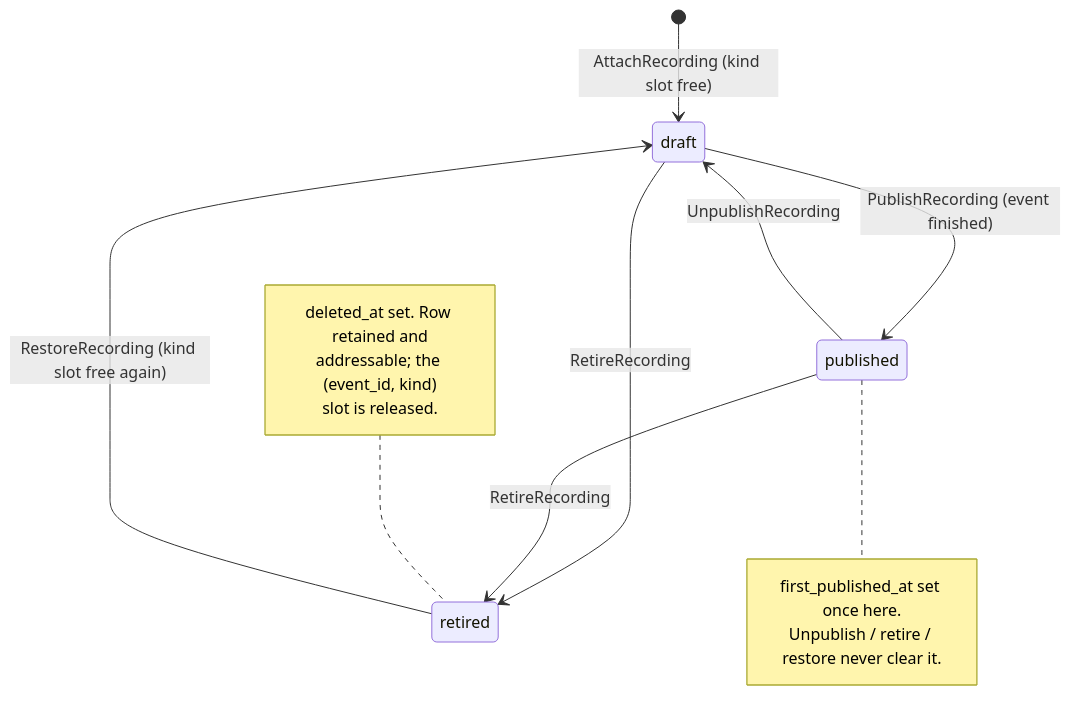
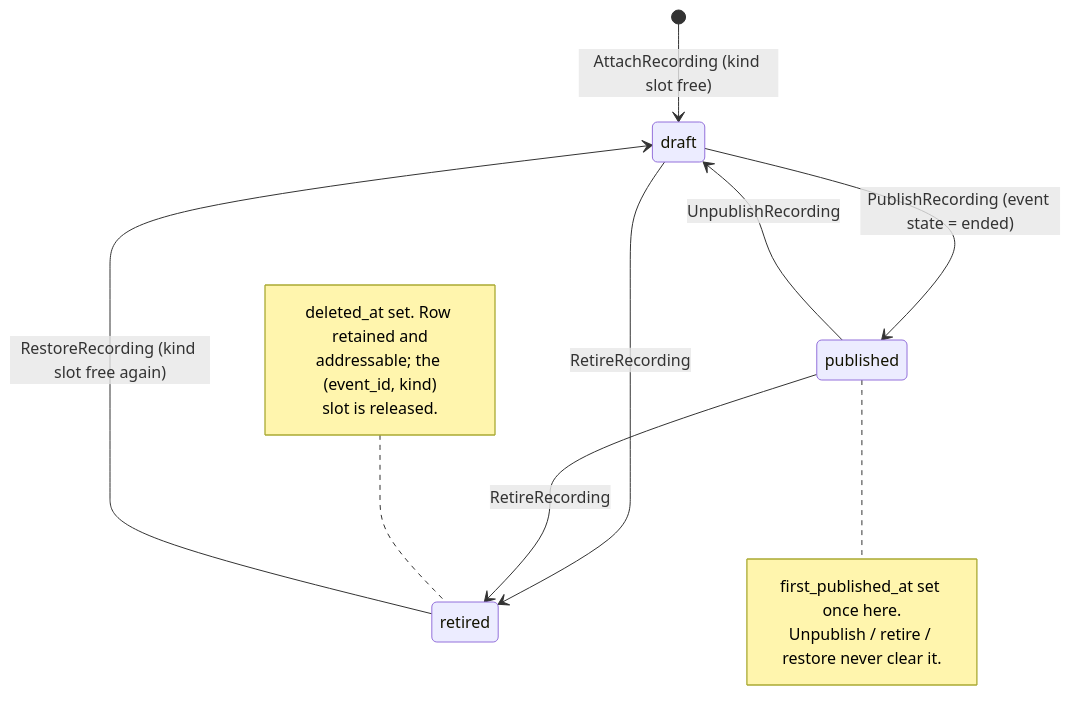
The third of 11 diagrams in apps/docs/content/specs/features/014-event-recordings/014-design.md (doctor-school/ds-platform), drawn with Mermaid before and after one commit. The commit also changed other lines of this file and 4 other files, not shown here.

First line of the commit message:
docs(spec): 014 rework — finished ≡ ended, mark-ended backfill, page/facets wave split (#1326)

````diff
--- a/apps/docs/content/specs/features/014-event-recordings/014-design.md
+++ b/apps/docs/content/specs/features/014-event-recordings/014-design.md
@@ -95,18 +101,18 @@
 ```mermaid
 stateDiagram-v2
   [*] --> draft : AttachRecording (kind slot free)
-  draft --> published : PublishRecording (event finished)
+  draft --> published : PublishRecording (event state = ended)
   published --> draft : UnpublishRecording
   draft --> retired : RetireRecording
   published --> retired : RetireRecording
   retired --> draft : RestoreRecording (kind slot free again)
   note right of published
     first_published_at set once here.
     Unpublish / retire / restore never clear it.
   end note
   note left of retired
     deleted_at set. Row retained and
     addressable; the (event_id, kind)
     slot is released.
   end note
 ```
````
